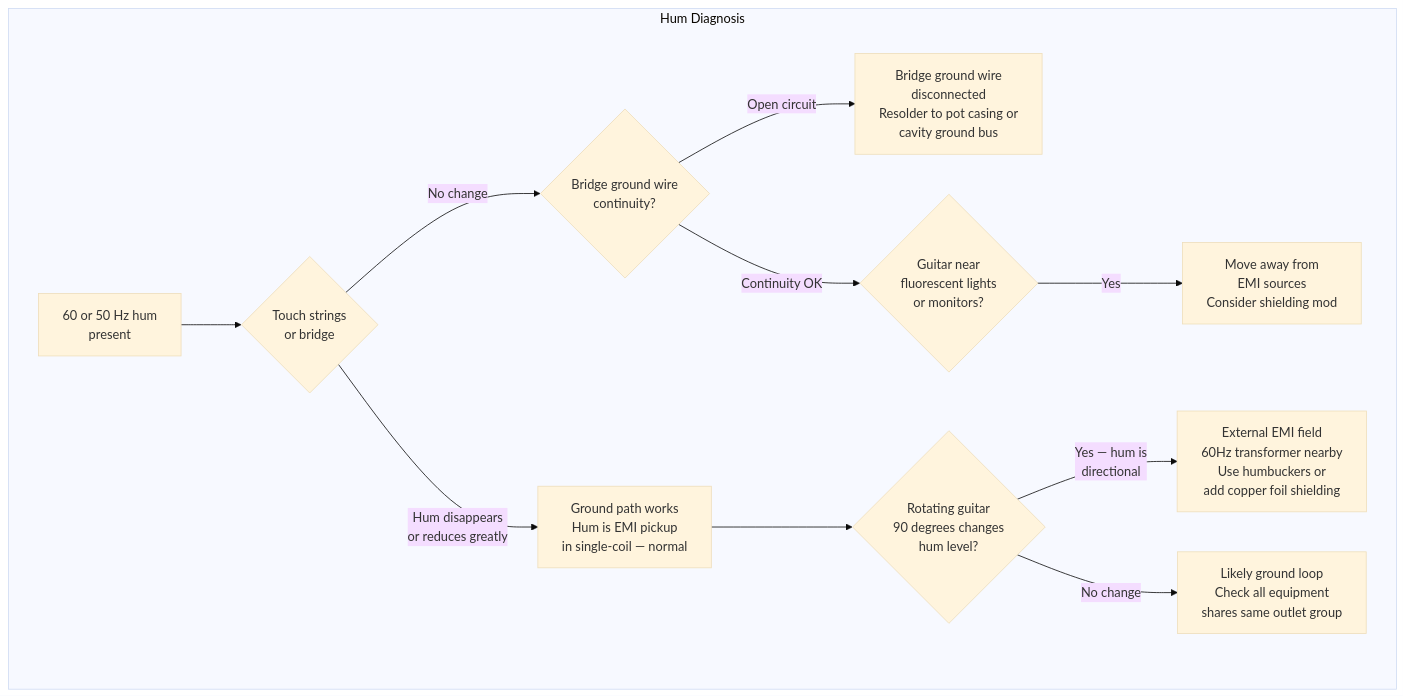
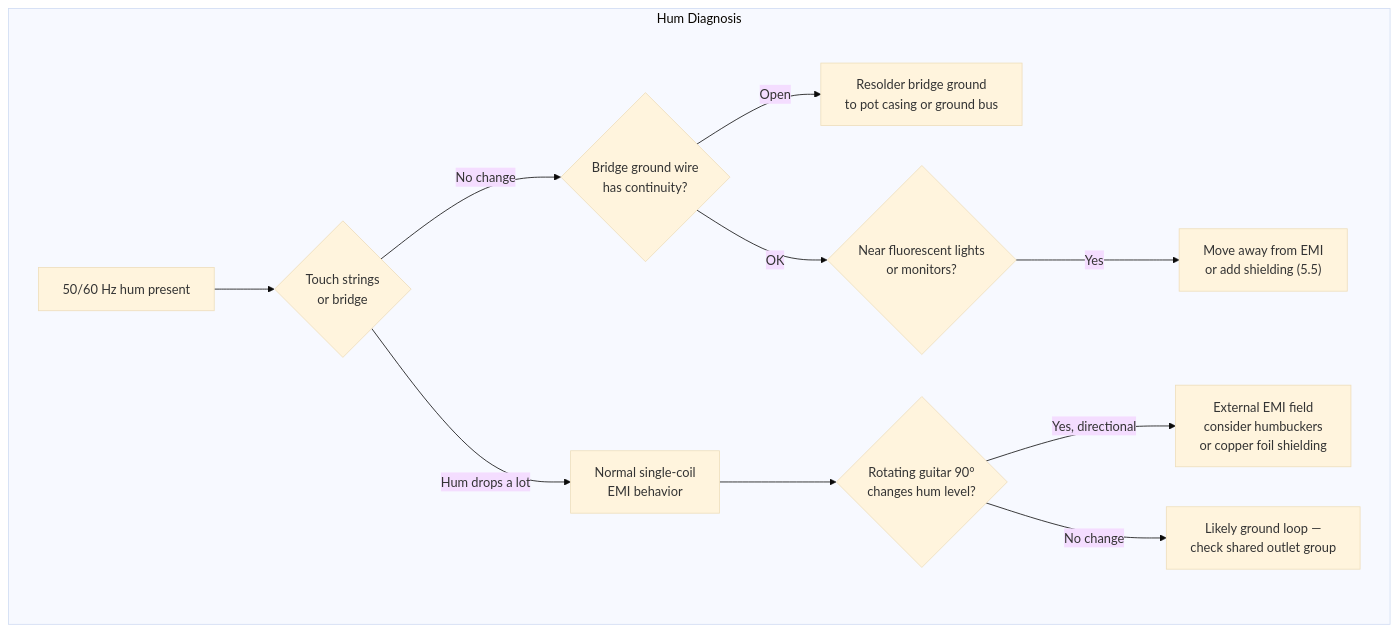
One commit to blebleblee/synapse changed the fifth of 5 diagrams in topics/arts/music_performance/electric_guitar/labs.md. Above: the diagram before and after it, drawn with Mermaid (base theme). The commit also changed other lines of this file and 3 other files, not shown here.

````diff
--- a/topics/arts/music_performance/electric_guitar/labs.md
+++ b/topics/arts/music_performance/electric_guitar/labs.md
@@ -715,14 +543,14 @@
 ```mermaid
 graph TD
     subgraph sub_hum ["Hum Diagnosis"]
-        A["60 or 50 Hz hum\npresent"] --> B{"Touch strings\nor bridge"}
-        B -->|"Hum disappears\nor reduces greatly"| C["Ground path works\nHum is EMI pickup\nin single-coil — normal"]
-        B -->|"No change"| D{"Bridge ground wire\ncontinuity?"}
-        D -->|"Open circuit"| E["Bridge ground wire\ndisconnected\nResolder to pot casing or\ncavity ground bus"]
-        D -->|"Continuity OK"| F{"Guitar near\nfluorescent lights\nor monitors?"}
-        F -->|"Yes"| G["Move away from\nEMI sources\nConsider shielding mod"]
-        C --> H{"Rotating guitar\n90 degrees changes\nhum level?"}
-        H -->|"Yes — hum is\ndirectional"| I["External EMI field\n60Hz transformer nearby\nUse humbuckers or\nadd copper foil shielding"]
-        H -->|"No change"| J["Likely ground loop\nCheck all equipment\nshares same outlet group"]
+        A["50/60 Hz hum present"] --> B{"Touch strings<br/>or bridge"}
+        B -->|"Hum drops a lot"| C["Normal single-coil<br/>EMI behavior"]
+        B -->|"No change"| D{"Bridge ground wire<br/>has continuity?"}
+        D -->|"Open"| E["Resolder bridge ground<br/>to pot casing or ground bus"]
+        D -->|"OK"| F{"Near fluorescent lights<br/>or monitors?"}
+        F -->|"Yes"| G["Move away from EMI<br/>or add shielding (5.5)"]
+        C --> H{"Rotating guitar 90°<br/>changes hum level?"}
+        H -->|"Yes, directional"| I["External EMI field<br/>consider humbuckers<br/>or copper foil shielding"]
+        H -->|"No change"| J["Likely ground loop —<br/>check shared outlet group"]
     end
 ```
````
